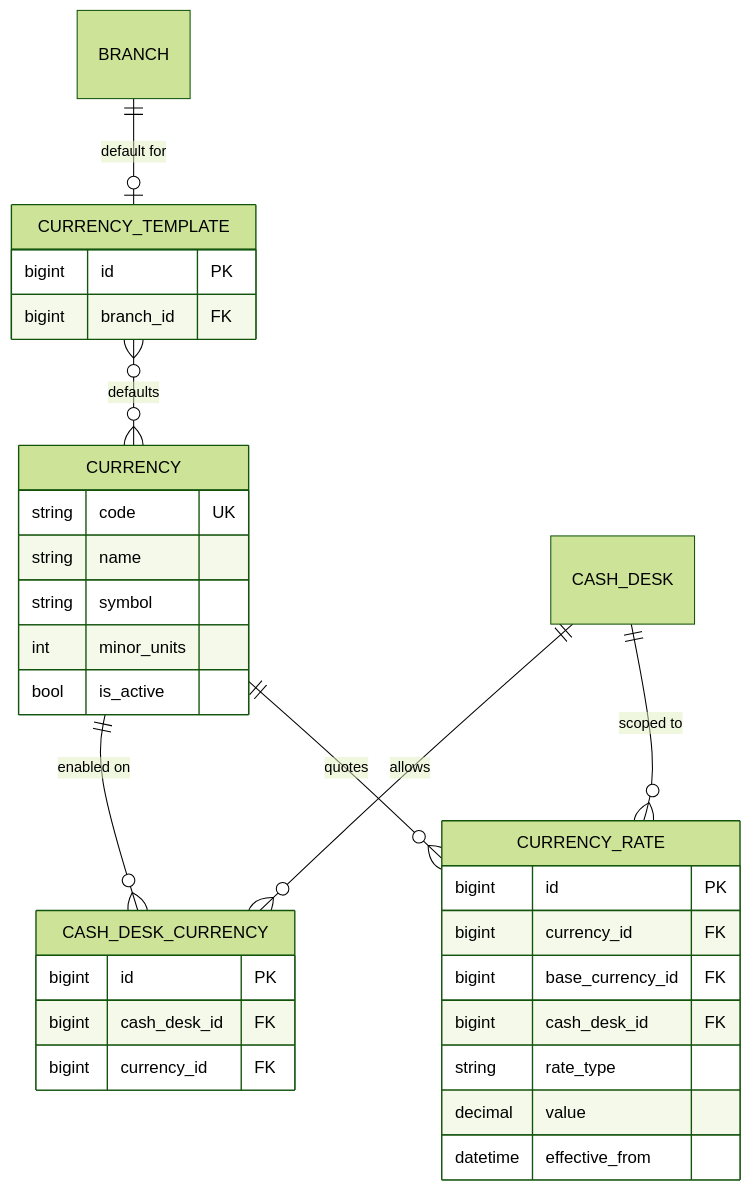
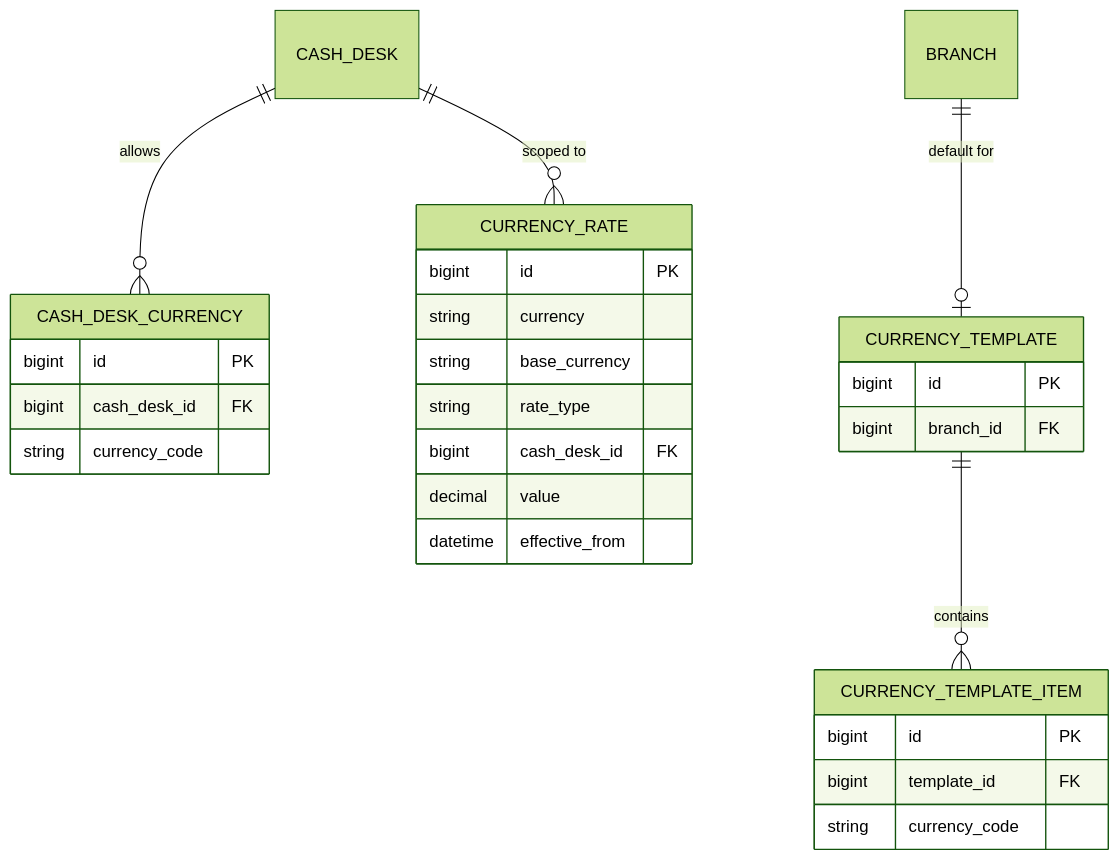
Before and after one commit to const-neshumaev/bank-cash-ops: the third of 4 diagrams in docs/architecture-module-core.md, drawn with Mermaid (forest theme). The commit also changed other lines of this file and 71 other files, not shown here.

````diff
--- a/docs/architecture-module-core.md
+++ b/docs/architecture-module-core.md
@@ -159,34 +172,30 @@
 ```mermaid
 erDiagram
-    CURRENCY {
-        string code UK
-        string name
-        string symbol
-        int minor_units
-        bool is_active
-    }
     CASH_DESK_CURRENCY {
         bigint id PK
         bigint cash_desk_id FK
-        bigint currency_id FK
+        string currency_code
     }
     CURRENCY_TEMPLATE {
         bigint id PK
         bigint branch_id FK
     }
+    CURRENCY_TEMPLATE_ITEM {
+        bigint id PK
+        bigint template_id FK
+        string currency_code
+    }
     CURRENCY_RATE {
         bigint id PK
-        bigint currency_id FK
-        bigint base_currency_id FK
+        string currency
+        string base_currency
+        string rate_type
         bigint cash_desk_id FK
-        string rate_type
         decimal value
         datetime effective_from
     }
     CASH_DESK ||--o{ CASH_DESK_CURRENCY : allows
-    CURRENCY ||--o{ CASH_DESK_CURRENCY : "enabled on"
     BRANCH ||--o| CURRENCY_TEMPLATE : "default for"
-    CURRENCY_TEMPLATE }o--o{ CURRENCY : defaults
-    CURRENCY ||--o{ CURRENCY_RATE : quotes
+    CURRENCY_TEMPLATE ||--o{ CURRENCY_TEMPLATE_ITEM : contains
     CASH_DESK ||--o{ CURRENCY_RATE : "scoped to"
 ```
````
